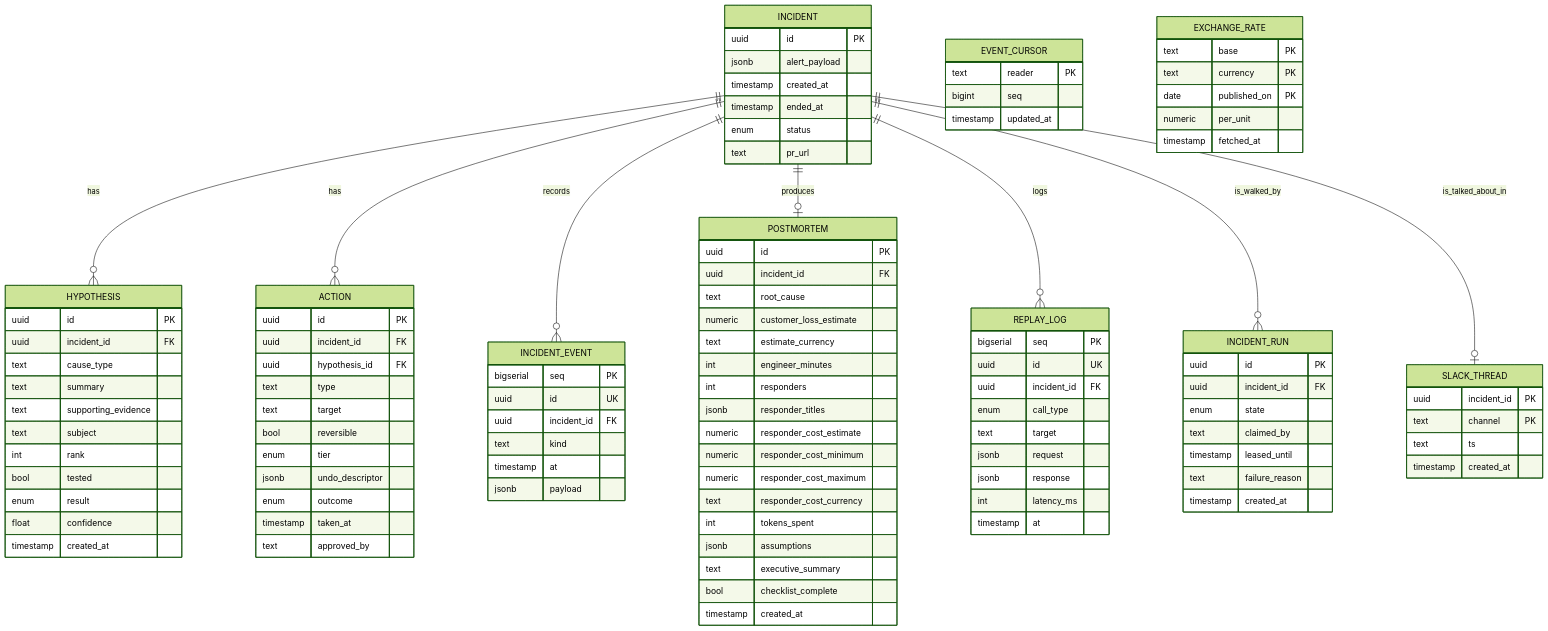
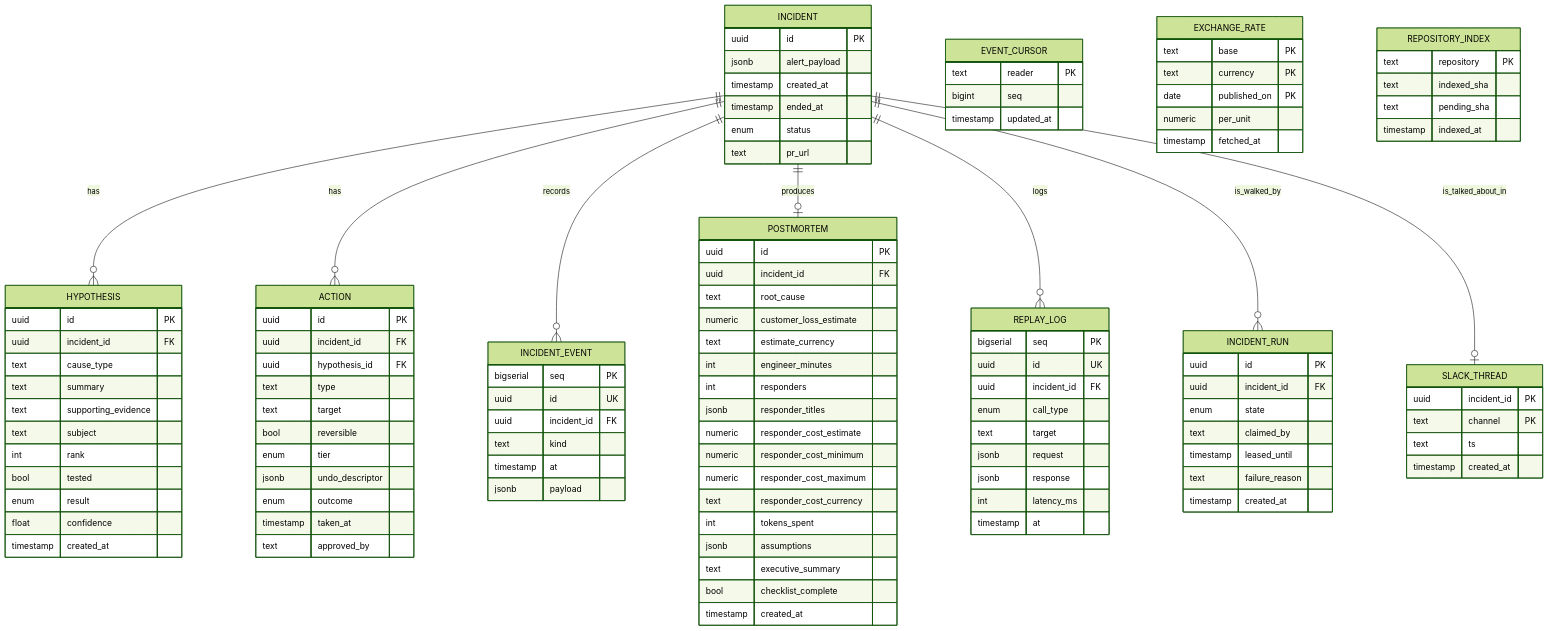
One commit to ohadraz/Argus changed the fourth of 5 diagrams in docs/spec-and-architecture.md. Above: the diagram before and after it, drawn with Mermaid (forest theme). The commit also changed other lines of this file and 230 other files, not shown here.

````diff
--- a/docs/spec-and-architecture.md
+++ b/docs/spec-and-architecture.md
@@ -425,4 +434,10 @@
         numeric per_unit
         timestamp fetched_at
     }
+    REPOSITORY_INDEX {
+        text repository PK
+        text indexed_sha
+        text pending_sha
+        timestamp indexed_at
+    }
 ```
````
